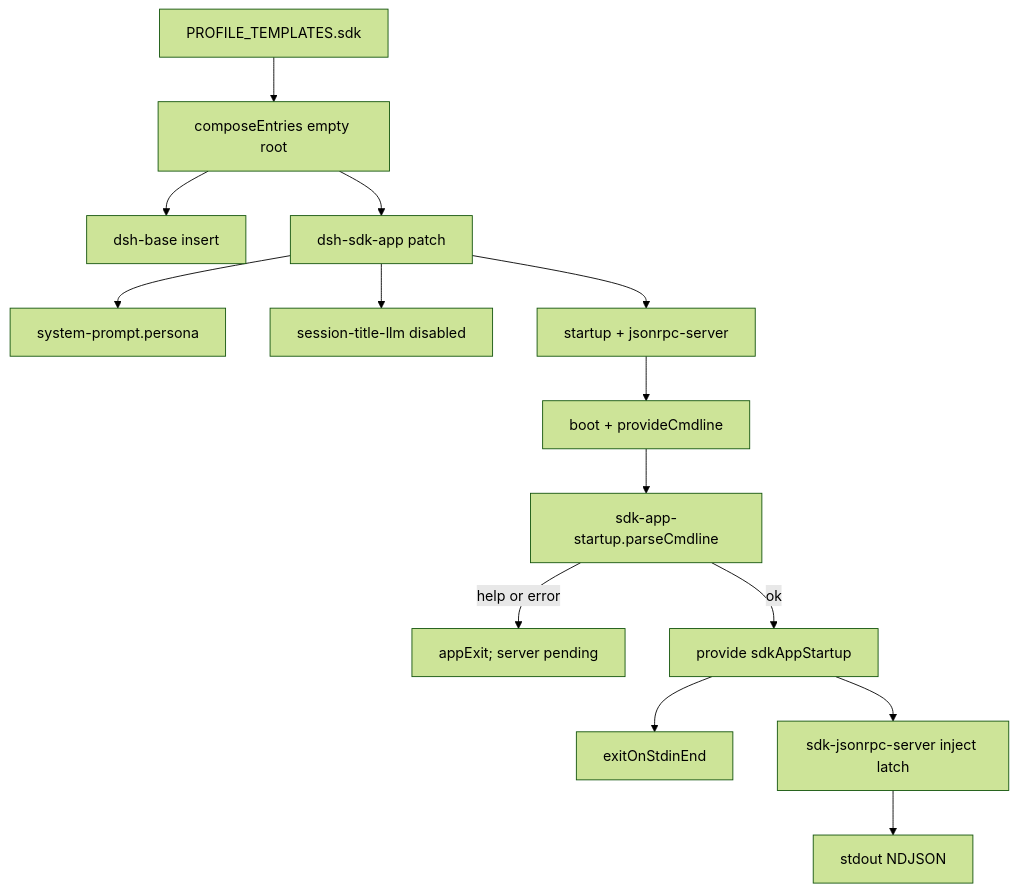
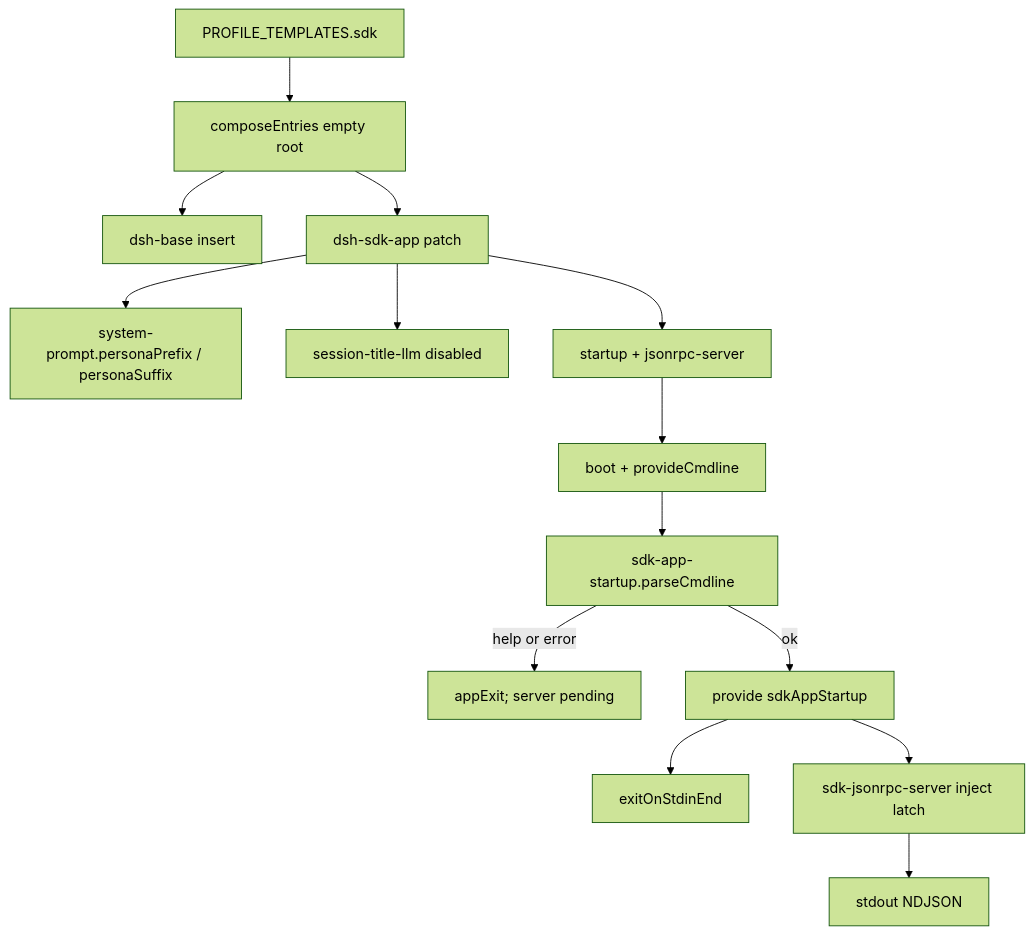
The diagram in docs/llm-wiki/deepseek-harness/subsystems/composition/bundle-sdk-app.md (wdnmdtonyma/SOTA-Agent-LLM-Wiki), drawn with Mermaid (forest theme) before and after one commit. The commit also changed other lines of this file and 219 other files, not shown here.

````diff
--- a/docs/llm-wiki/deepseek-harness/subsystems/composition/bundle-sdk-app.md
+++ b/docs/llm-wiki/deepseek-harness/subsystems/composition/bundle-sdk-app.md
@@ -92,16 +92,16 @@
 ```mermaid
 flowchart TD
   tmpl["PROFILE_TEMPLATES.sdk"] --> compose["composeEntries empty root"]
   compose --> base["dsh-base insert"]
   compose --> overlay["dsh-sdk-app patch"]
-  overlay --> persona["system-prompt.persona"]
+  overlay --> persona["system-prompt.personaPrefix / personaSuffix"]
   overlay --> titleOff["session-title-llm disabled"]
   overlay --> insert2["startup + jsonrpc-server"]
   insert2 --> boot["boot + provideCmdline"]
   boot --> parse["sdk-app-startup.parseCmdline"]
   parse -->|help or error| early["appExit; server pending"]
   parse -->|ok| provide["provide sdkAppStartup"]
   provide --> eof["exitOnStdinEnd"]
   provide --> server["sdk-jsonrpc-server inject latch"]
   server --> frames["stdout NDJSON"]
 ```
````
